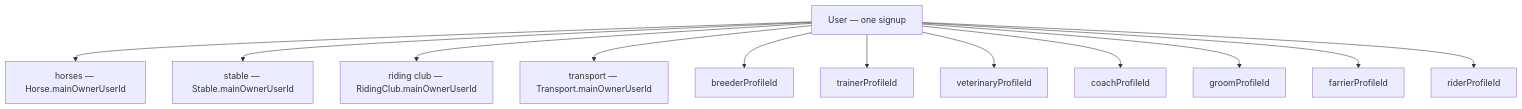
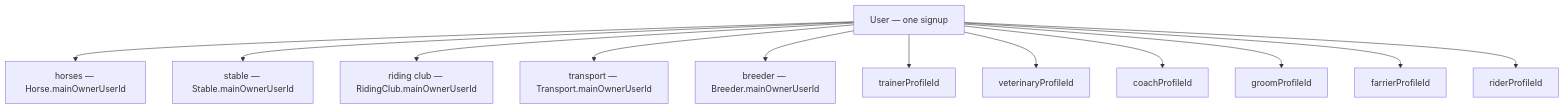
Before and after one commit to jpsm83/horse: the first of 3 diagrams in documentation/workplaceRelationship.md, drawn with Mermaid. The commit also changed other lines of this file and 83 other files, not shown here.

````diff
--- a/documentation/workplaceRelationship.md
+++ b/documentation/workplaceRelationship.md
@@ -22,15 +22,15 @@
 ```mermaid
 flowchart TB
   User[User — one signup]
   User --> Horses["horses — Horse.mainOwnerUserId"]
   User --> Stable["stable — Stable.mainOwnerUserId"]
   User --> RidingClub["riding club — RidingClub.mainOwnerUserId"]
   User --> Transport["transport — Transport.mainOwnerUserId"]
-  User --> Breeder[breederProfileId]
+  User --> Breeder["breeder — Breeder.mainOwnerUserId"]
   User --> Trainer[trainerProfileId]
   User --> Vet[veterinaryProfileId]
   User --> Coach[coachProfileId]
   User --> Groom[groomProfileId]
   User --> Farrier[farrierProfileId]
   User --> Rider[riderProfileId]
 ```
````
